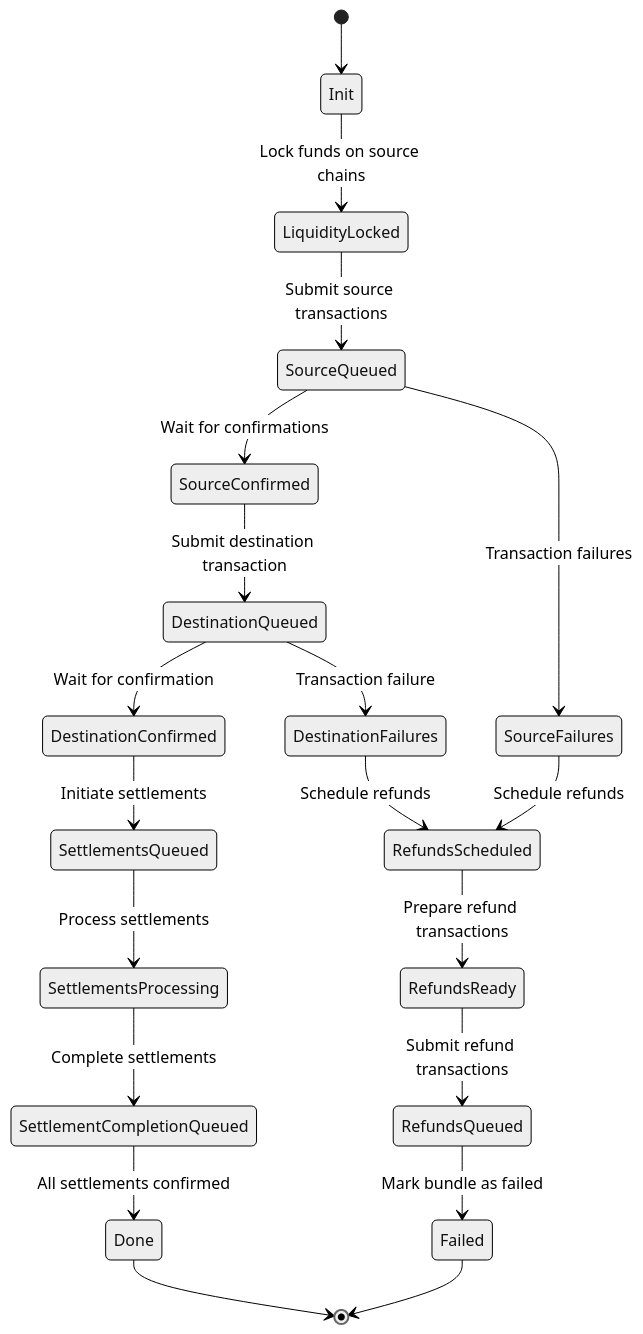
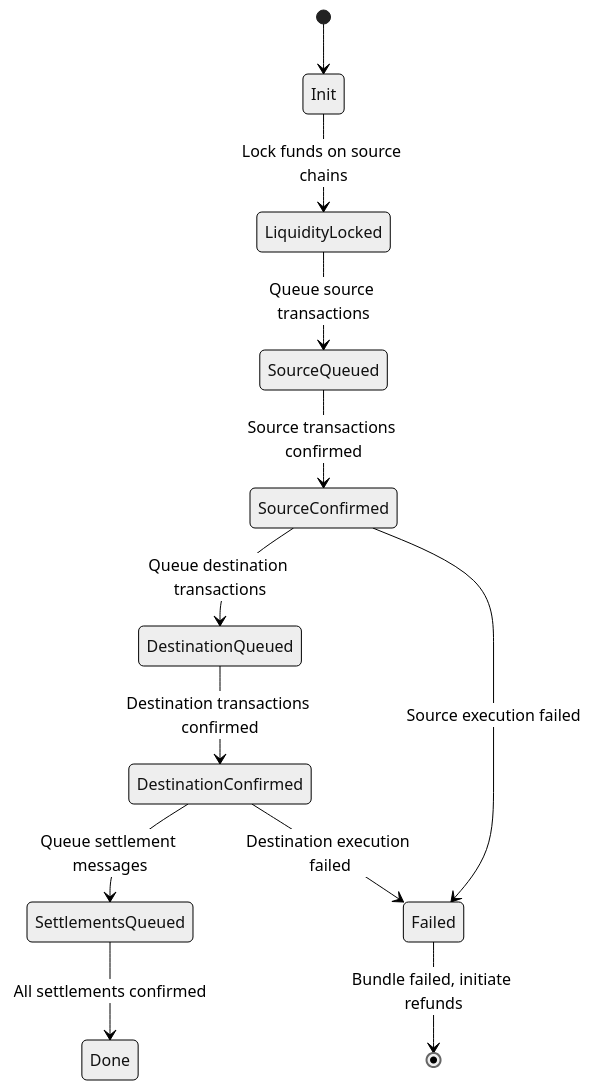
Before and after one commit to ithacaxyz/relay: the second of 3 diagrams in docs/architecture/cross-chain.md, drawn with Mermaid (neutral theme). The commit also changed other lines of this file and 6 other files, not shown here.

````diff
--- a/docs/architecture/cross-chain.md
+++ b/docs/architecture/cross-chain.md
@@ -194,24 +41,15 @@
 ```mermaid
 stateDiagram-v2
     [*] --> Init
     Init --> LiquidityLocked: Lock funds on source chains
-    LiquidityLocked --> SourceQueued: Submit source transactions
-    SourceQueued --> SourceConfirmed: Wait for confirmations
-    SourceQueued --> SourceFailures: Transaction failures
-    SourceConfirmed --> DestinationQueued: Submit destination transaction
-    DestinationQueued --> DestinationConfirmed: Wait for confirmation
-    DestinationQueued --> DestinationFailures: Transaction failure
-    DestinationConfirmed --> SettlementsQueued: Initiate settlements
-    SettlementsQueued --> SettlementsProcessing: Process settlements
-    SettlementsProcessing --> SettlementCompletionQueued: Complete settlements
-    SettlementCompletionQueued --> Done: All settlements confirmed
+    LiquidityLocked --> SourceQueued: Queue source transactions
+    SourceQueued --> SourceConfirmed: Source transactions confirmed
+    SourceConfirmed --> DestinationQueued: Queue destination transactions
+    DestinationQueued --> DestinationConfirmed: Destination transactions confirmed
+    DestinationConfirmed --> SettlementsQueued: Queue settlement messages
+    SettlementsQueued --> Done: All settlements confirmed
     
-    SourceFailures --> RefundsScheduled: Schedule refunds
-    DestinationFailures --> RefundsScheduled: Schedule refunds
-    RefundsScheduled --> RefundsReady: Prepare refund transactions
-    RefundsReady --> RefundsQueued: Submit refund transactions
-    RefundsQueued --> Failed: Mark bundle as failed
-    
-    Done --> [*]
-    Failed --> [*]
+    SourceConfirmed --> Failed: Source execution failed
+    DestinationConfirmed --> Failed: Destination execution failed
+    Failed --> [*]: Bundle failed, initiate refunds
 ```
````
